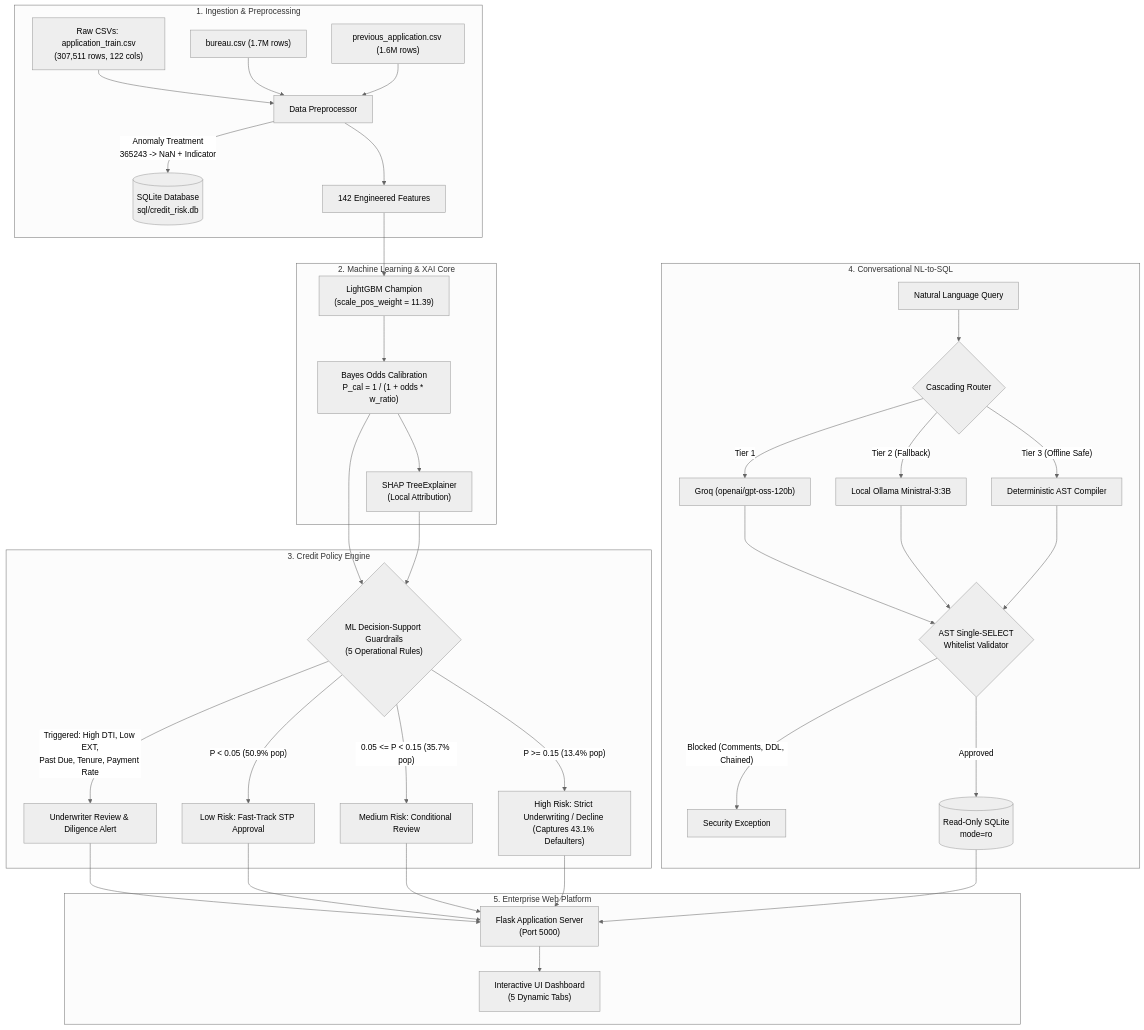
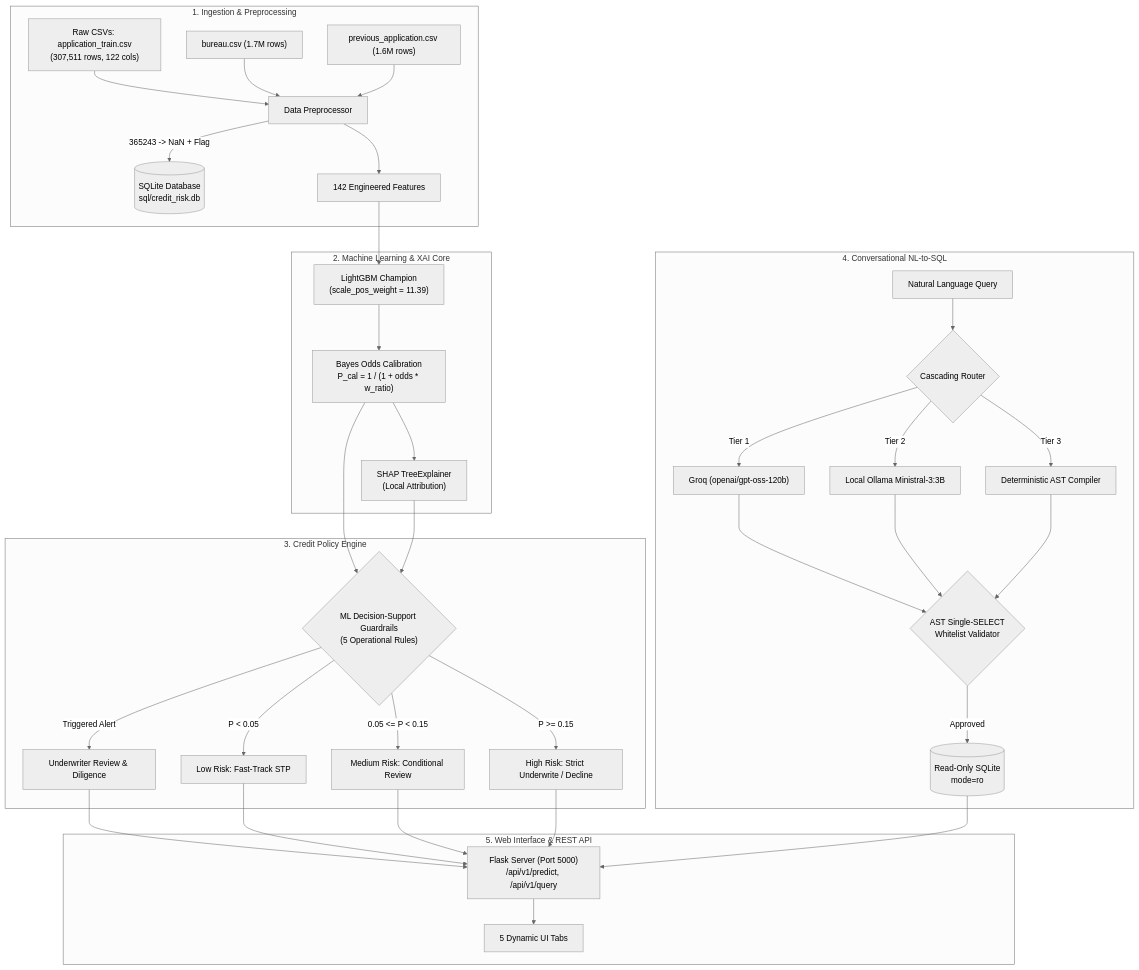
The first of 2 diagrams in README.md (saurabhburnwal/credit-risk-intelligence-platform), drawn with Mermaid (neutral theme) before and after one commit. The commit also changed other lines of this file, not shown here.

````diff
--- a/README.md
+++ b/README.md
@@ -39,40 +25,39 @@
 ```mermaid
 flowchart TD
     subgraph Data_Pipeline["1. Ingestion & Preprocessing"]
         A1["Raw CSVs: application_train.csv<br/>(307,511 rows, 122 cols)"] --> AP["Data Preprocessor"]
         A2["bureau.csv (1.7M rows)"] --> AP
         A3["previous_application.csv (1.6M rows)"] --> AP
-        AP -->|"Anomaly Treatment<br/>365243 -> NaN + Indicator"| DB[("SQLite Database<br/>sql/credit_risk.db")]
+        AP -->|"365243 -> NaN + Flag"| DB[("SQLite Database<br/>sql/credit_risk.db")]
         AP --> FE["142 Engineered Features"]
     end
 
     subgraph ML_Core["2. Machine Learning & XAI Core"]
-        FE --> L別["LightGBM Champion<br/>(scale_pos_weight = 11.39)"]
-        L別 --> CAL["Bayes Odds Calibration<br/>P_cal = 1 / (1 + odds * w_ratio)"]
+        FE --> LGB["LightGBM Champion<br/>(scale_pos_weight = 11.39)"]
+        LGB --> CAL["Bayes Odds Calibration<br/>P_cal = 1 / (1 + odds * w_ratio)"]
         CAL --> TE["SHAP TreeExplainer<br/>(Local Attribution)"]
     end
 
     subgraph Decision_Engine["3. Credit Policy Engine"]
         CAL & TE --> PE{"ML Decision-Support Guardrails<br/>(5 Operational Rules)"}
-        PE -->|"Triggered: High DTI, Low EXT,<br/>Past Due, Tenure, Payment Rate"| R_DEC["Underwriter Review & Diligence Alert"]
-        PE -->|"P < 0.05 (50.9% pop)"| R_LOW["Low Risk: Fast-Track STP Approval"]
-        PE -->|"0.05 <= P < 0.15 (35.7% pop)"| R_MED["Medium Risk: Conditional Review"]
-        PE -->|"P >= 0.15 (13.4% pop)"| R_HI["High Risk: Strict Underwriting / Decline (Captures 43.1% Defaulters)"]
+        PE -->|"Triggered Alert"| R_DEC["Underwriter Review & Diligence"]
+        PE -->|"P < 0.05"| R_LOW["Low Risk: Fast-Track STP"]
+        PE -->|"0.05 <= P < 0.15"| R_MED["Medium Risk: Conditional Review"]
+        PE -->|"P >= 0.15"| R_HI["High Risk: Strict Underwrite / Decline"]
     end
 
     subgraph Talk_To_Data["4. Conversational NL-to-SQL"]
         NL["Natural Language Query"] --> ROUTER{"Cascading Router"}
         ROUTER -->|"Tier 1"| GROQ["Groq (openai/gpt-oss-120b)"]
-        ROUTER -->|"Tier 2 (Fallback)"| OLLAMA["Local Ollama Ministral-3:3B"]
-        ROUTER -->|"Tier 3 (Offline Safe)"| DET["Deterministic AST Compiler"]
+        ROUTER -->|"Tier 2"| OLLAMA["Local Ollama Ministral-3:3B"]
+        ROUTER -->|"Tier 3"| DET["Deterministic AST Compiler"]
         GROQ & OLLAMA & DET --> VAL{"AST Single-SELECT<br/>Whitelist Validator"}
-        VAL -->|"Blocked (Comments, DDL, Chained)"| ERR["Security Exception"]
         VAL -->|"Approved"| RO_DB[("Read-Only SQLite<br/>mode=ro")]
     end
 
-    subgraph UI_Layer["5. Enterprise Web Platform"]
-        R_DEC & R_LOW & R_MED & R_HI --> FLASK["Flask Application Server<br/>(Port 5000)"]
+    subgraph UI_Layer["5. Web Interface & REST API"]
+        R_DEC & R_LOW & R_MED & R_HI --> FLASK["Flask Server (Port 5000)<br/>/api/v1/predict, /api/v1/query"]
         RO_DB --> FLASK
-        FLASK --> WEB["Interactive UI Dashboard<br/>(5 Dynamic Tabs)"]
+        FLASK --> WEB["5 Dynamic UI Tabs"]
     end
 ```
````
